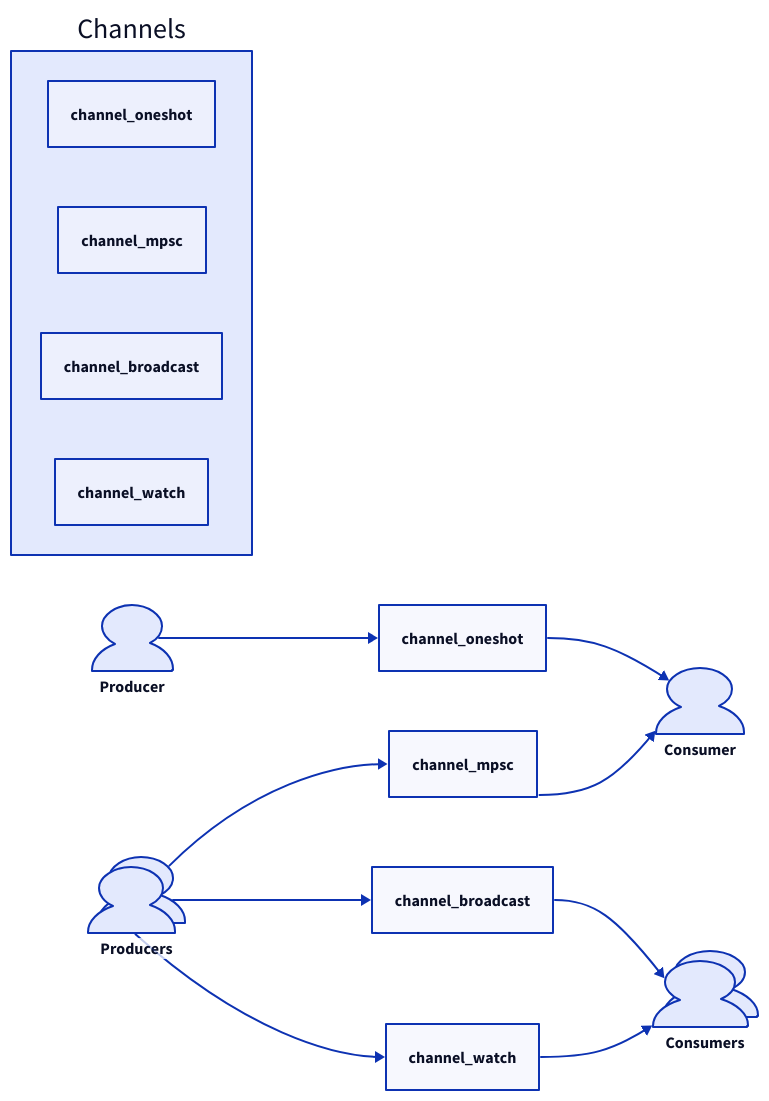
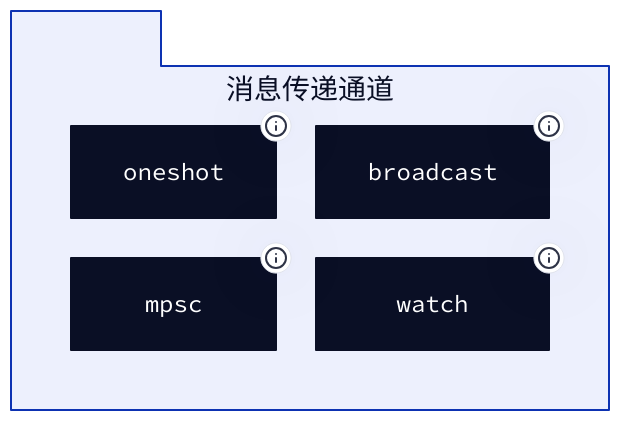
Before and after one commit to lban2049/tokio: the diagram in .aigne/doc-smith/docs/api-sync.zh.md, drawn with D2. The commit also changed other lines of this file and 42 other files, not shown here.

````diff
--- a/.aigne/doc-smith/docs/api-sync.zh.md
+++ b/.aigne/doc-smith/docs/api-sync.zh.md
@@ -27,34 +11,32 @@
 ```d2
-direction: right
+direction: down
 
-Producers: {
-  shape: person
-  style.multiple: true
+"消息传递通道": {
+  shape: package
+  grid-columns: 2
+
+  "oneshot": {
+    label: "oneshot"
+    tooltip: "单值，单生产者，单消费者"
+    shape: class
+  }
+
+  "mpsc": {
+    label: "mpsc"
+    tooltip: "多值，多生产者，单消费者"
+    shape: class
+  }
+
+  "broadcast": {
+    label: "broadcast"
+    tooltip: "多值，多生产者，多消费者（扇出）"
+    shape: class
+  }
+
+  "watch": {
+    label: "watch"
+    tooltip: "最新值，多生产者，多消费者"
+    shape: class
+  }
 }
-
-Consumers: {
-  shape: person
-  style.multiple: true
-}
-
-Producer: {
-  shape: person
-}
-
-Consumer: {
-  shape: person
-}
-
-
-subgraph_channels: "Channels" {
-  "oneshot\n(single value)": channel_oneshot
-  "mpsc\n(many values)": channel_mpsc
-  "broadcast\n(fan-out)": channel_broadcast
-  "watch\n(latest value)": channel_watch
-}
-
-Producer -> channel_oneshot -> Consumer
-Producers -> channel_mpsc -> Consumer
-Producers -> channel_broadcast -> Consumers
-Producers -> channel_watch -> Consumers
 ```
````
